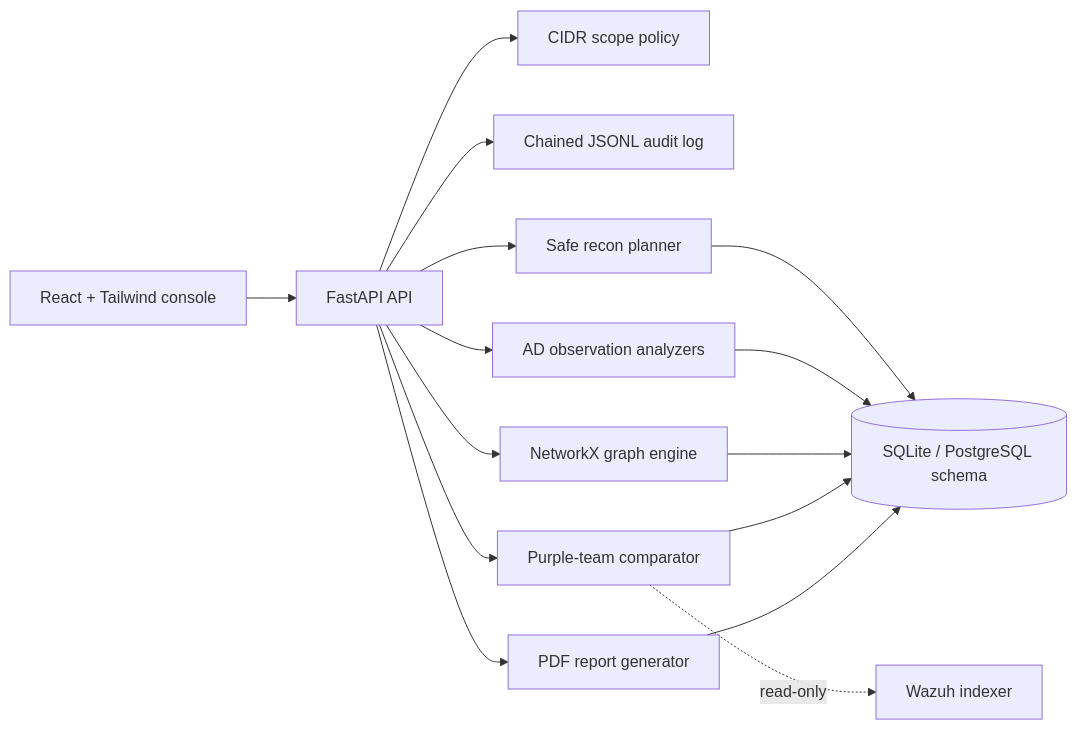
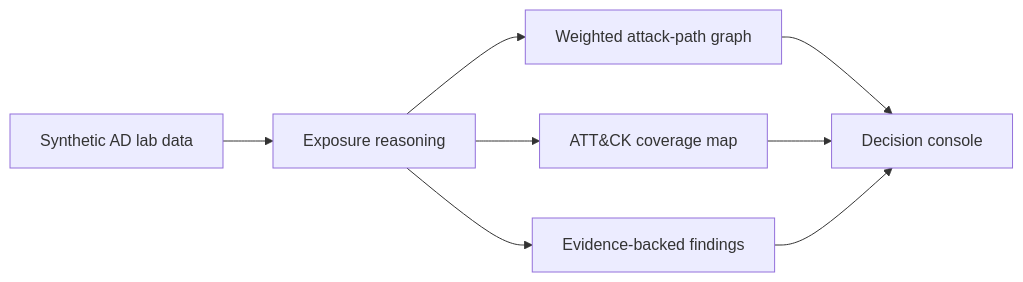
The diagram in README.md (Adam-Ghanem/RedPath), drawn with Mermaid before and after one commit. The commit also changed other lines of this file and 12 other files, not shown here.

Commit message:
feat: launch zero-config exposure path console

````diff
--- a/README.md
+++ b/README.md
@@ -19,17 +75,10 @@
 ```mermaid
 flowchart LR
-    UI[React + Tailwind console] --> API[FastAPI API]
-    API --> SCOPE[CIDR scope policy]
-    API --> AUDIT[Chained JSONL audit log]
-    API --> RECON[Safe recon planner]
-    API --> AD[AD observation analyzers]
-    API --> GRAPH[NetworkX graph engine]
-    API --> PURPLE[Purple-team comparator]
-    API --> REPORT[PDF report generator]
-    PURPLE -. read-only .-> WAZUH[Wazuh indexer]
-    RECON --> DB[(SQLite / PostgreSQL schema)]
-    AD --> DB
-    GRAPH --> DB
-    PURPLE --> DB
-    REPORT --> DB
+    A[Synthetic AD lab data] --> B[Exposure reasoning]
+    B --> C[Weighted attack-path graph]
+    B --> D[ATT&CK coverage map]
+    B --> E[Evidence-backed findings]
+    C --> F[Decision console]
+    D --> F
+    E --> F
 ```
````
